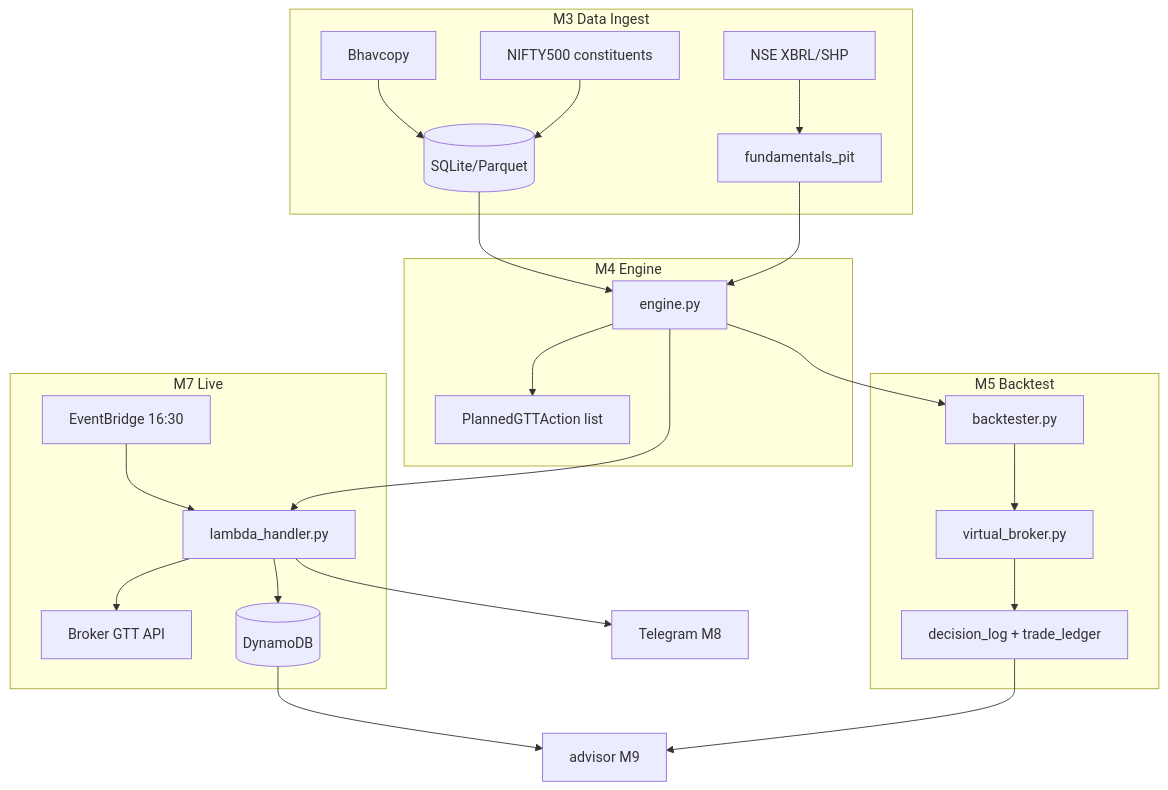
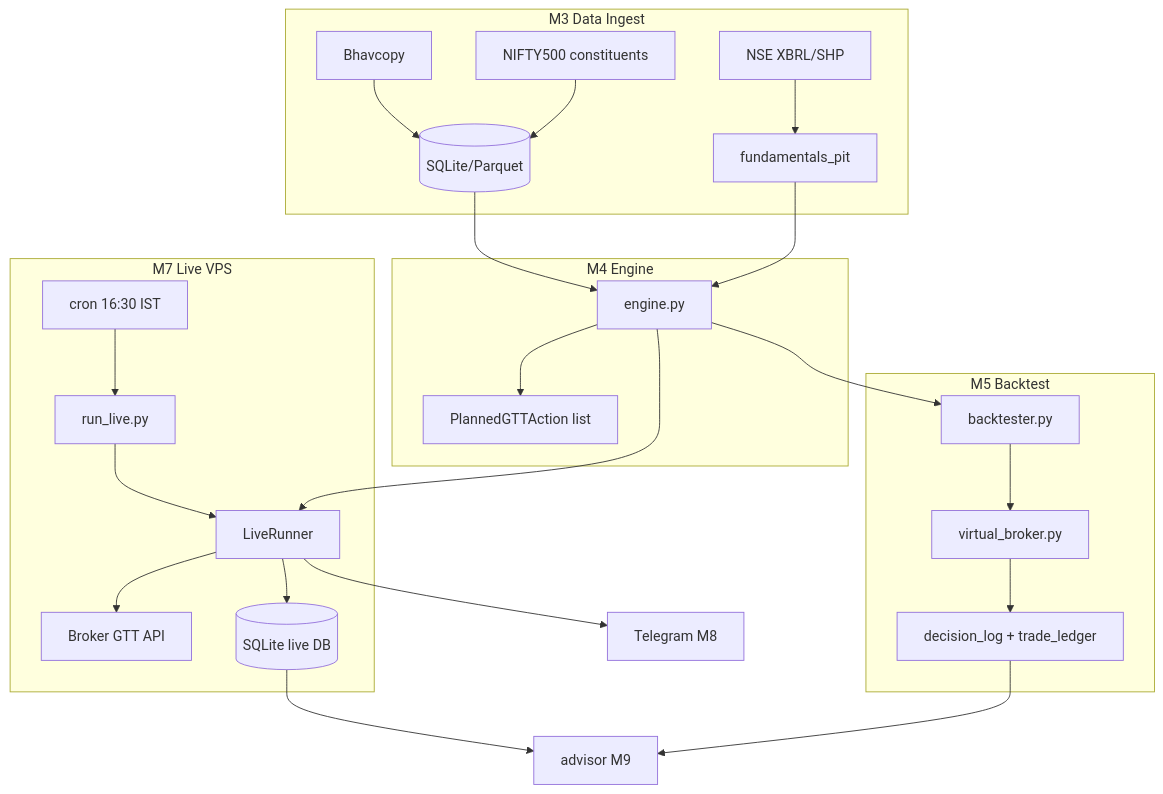
Before and after one commit to dattahs/swinger: the first of 2 diagrams in REQUIREMENTS_v1.md, drawn with Mermaid. The commit also changed other lines of this file and 78 other files, not shown here.

First line of the commit message:
Add VPS live deployment, validation suite, and broker notifications.

````diff
--- a/REQUIREMENTS_v1.md
+++ b/REQUIREMENTS_v1.md
@@ -669,32 +687,33 @@
 ```mermaid
 flowchart TB
     subgraph ingest [M3 Data Ingest]
         BC[Bhavcopy] --> DB[(SQLite/Parquet)]
         XBRL[NSE XBRL/SHP] --> PIT[fundamentals_pit]
         NC[NIFTY500 constituents] --> DB
     end
 
     subgraph core [M4 Engine]
         ENG[engine.py]
         ENG --> ACT[PlannedGTTAction list]
     end
 
     subgraph bt [M5 Backtest]
         BT[backtester.py] --> VB[virtual_broker.py]
         VB --> CSV[decision_log + trade_ledger]
     end
 
-    subgraph live [M7 Live]
-        EB[EventBridge 16:30] --> LH[lambda_handler.py]
-        LH --> BROKER[Broker GTT API]
-        LH --> DDB[(DynamoDB)]
+    subgraph live [M7 Live VPS]
+        CRON[cron 16:30 IST] --> RUN[run_live.py]
+        RUN --> LR[LiveRunner]
+        LR --> BROKER[Broker GTT API]
+        LR --> LDB[(SQLite live DB)]
     end
 
     DB --> ENG
     PIT --> ENG
     ENG --> BT
-    ENG --> LH
-    LH --> TG[Telegram M8]
-    DDB --> ADV[advisor M9]
+    ENG --> LR
+    LR --> TG[Telegram M8]
+    LDB --> ADV[advisor M9]
     CSV --> ADV
 ```
````
